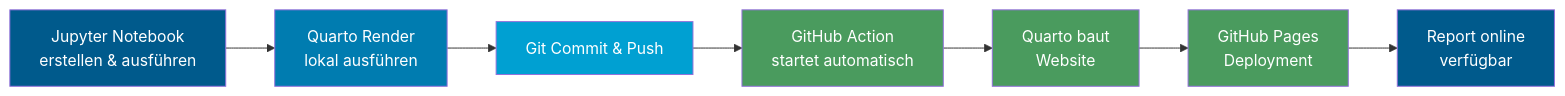
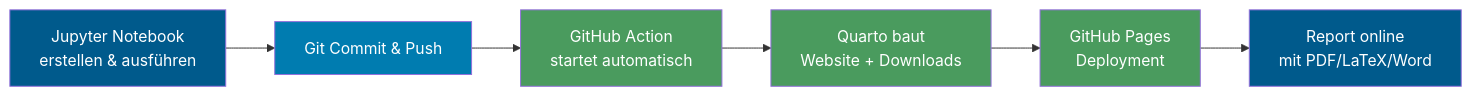
The diagram in workflow.qmd (werzingerma/osws-project-quarto), drawn with Mermaid before and after one commit. The commit also changed other lines of this file and 3 other files, not shown here.

````diff
--- a/workflow.qmd
+++ b/workflow.qmd
@@ -8,17 +8,15 @@
 ```{mermaid}
 flowchart LR
-    A[Jupyter Notebook<br/>erstellen & ausführen] --> B[Quarto Render<br/>lokal ausführen]
-    B --> C[Git Commit & Push]
-    C --> D[GitHub Action<br/>startet automatisch]
-    D --> E[Quarto baut<br/>Website]
-    E --> F[GitHub Pages<br/>Deployment]
-    F --> G[Report online<br/>verfügbar]
+    A[Jupyter Notebook<br/>erstellen & ausführen] --> B[Git Commit & Push]
+    B --> C[GitHub Action<br/>startet automatisch]
+    C --> D[Quarto baut<br/>Website + Downloads]
+    D --> E[GitHub Pages<br/>Deployment]
+    E --> F[Report online<br/>mit PDF/LaTeX/Word]
 
     style A fill:#005a8c,color:#fff
     style B fill:#007cb0,color:#fff
-    style C fill:#00a0d2,color:#fff
+    style C fill:#4a9b5e,color:#fff
     style D fill:#4a9b5e,color:#fff
     style E fill:#4a9b5e,color:#fff
-    style F fill:#4a9b5e,color:#fff
-    style G fill:#005a8c,color:#fff
+    style F fill:#005a8c,color:#fff
 ```
````
